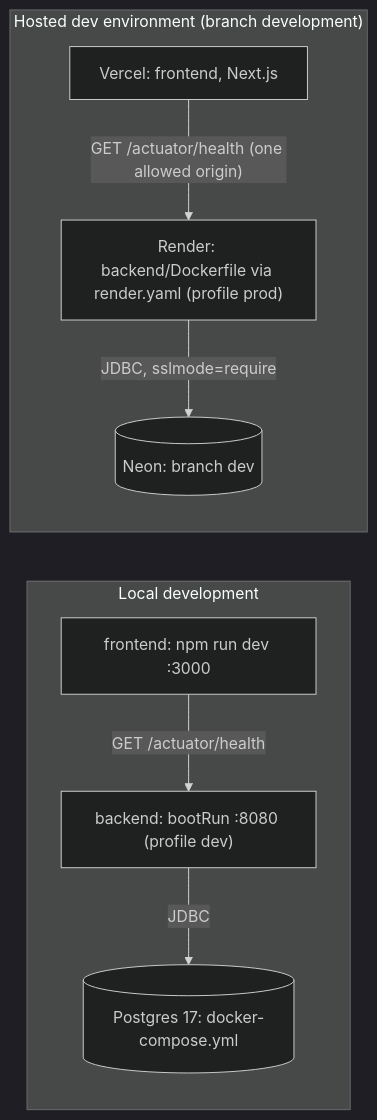
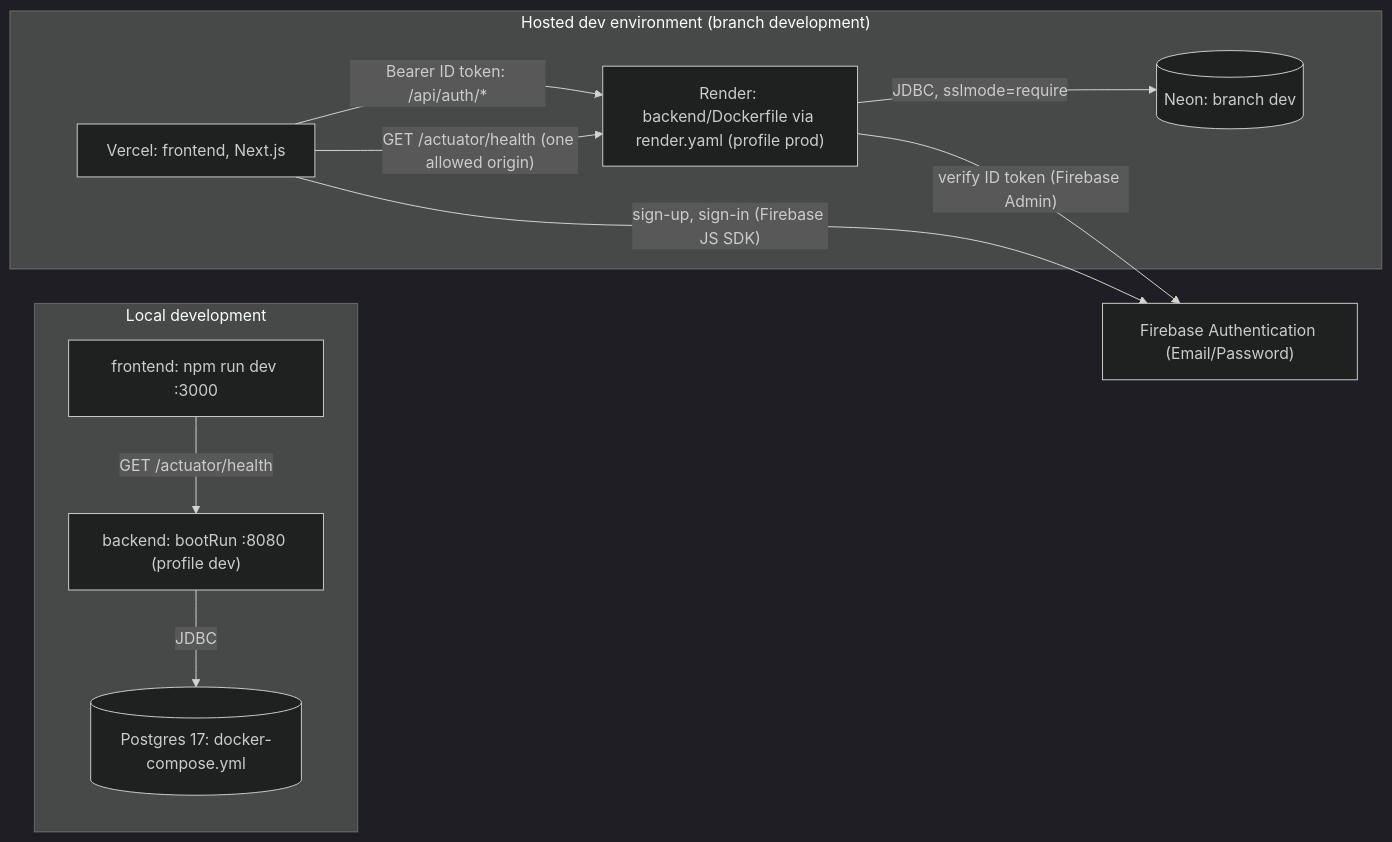
One commit to CS3227-2610-MP3-SnoozeShare/CS3227-2610-MP3 changed the second of 13 diagrams in docs/DeveloperGuide.md. Above: the diagram before and after it, drawn with Mermaid (dark theme). The commit also changed other lines of this file and 2 other files, not shown here.

First line of the commit message:
docs: developer guide checkpoint for W-AUTH (rolling web rewrite)

````diff
--- a/docs/DeveloperGuide.md
+++ b/docs/DeveloperGuide.md
@@ -370,17 +398,21 @@
 ```mermaid
 flowchart LR
   subgraph Local["Local development"]
     FE1["frontend: npm run dev :3000"]
     BE1["backend: bootRun :8080 (profile dev)"]
     PG1[("Postgres 17: docker-compose.yml")]
   end
   subgraph Hosted["Hosted dev environment (branch development)"]
     V["Vercel: frontend, Next.js"]
     R["Render: backend/Dockerfile via render.yaml (profile prod)"]
     N[("Neon: branch dev")]
   end
+  FB["Firebase Authentication (Email/Password)"]
   FE1 -->|"GET /actuator/health"| BE1
   BE1 -->|"JDBC"| PG1
   V -->|"GET /actuator/health (one allowed origin)"| R
+  V -->|"sign-up, sign-in (Firebase JS SDK)"| FB
+  V -->|"Bearer ID token: /api/auth/*"| R
+  R -->|"verify ID token (Firebase Admin)"| FB
   R -->|"JDBC, sslmode=require"| N
 ```
````
